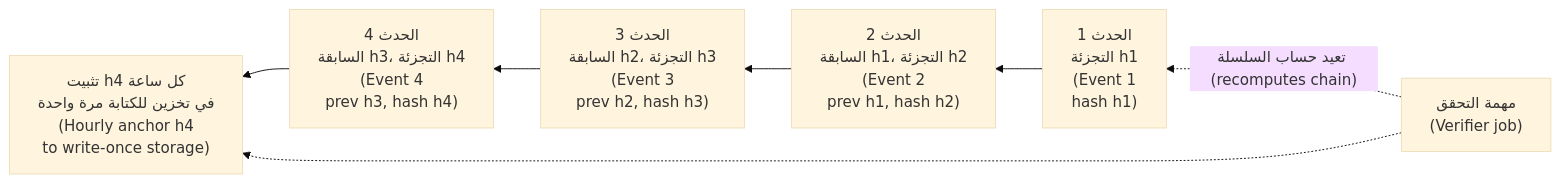
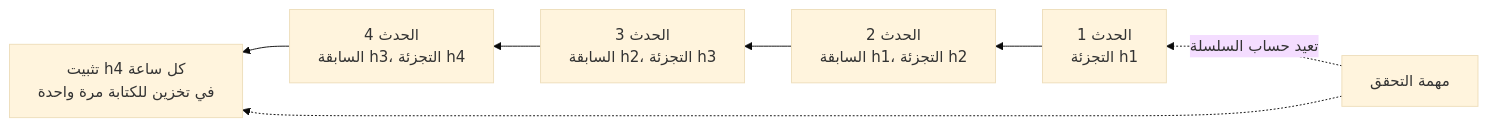
One commit to Tamoura/system-design-for-vibe-coders changed the fifth of 7 diagrams in saas/modules/07-operations.ar.md. Above: the diagram before and after it, drawn with Mermaid (base theme). The commit also changed other lines of this file and 551 other files, not shown here.

````diff
--- a/saas/modules/07-operations.ar.md
+++ b/saas/modules/07-operations.ar.md
@@ -687,9 +687,9 @@
 ```mermaid
 flowchart RL
-  E1["الحدث 1<br/>التجزئة h1<br/>(Event 1<br/>hash h1)"] --> E2["الحدث 2<br/>السابقة h1، التجزئة h2<br/>(Event 2<br/>prev h1, hash h2)"]
-  E2 --> E3["الحدث 3<br/>السابقة h2، التجزئة h3<br/>(Event 3<br/>prev h2, hash h3)"]
-  E3 --> E4["الحدث 4<br/>السابقة h3، التجزئة h4<br/>(Event 4<br/>prev h3, hash h4)"]
-  E4 --> Anchor["تثبيت h4 كل ساعة<br/>في تخزين للكتابة مرة واحدة<br/>(Hourly anchor h4<br/>to write-once storage)"]
-  Verifier["مهمة التحقق<br/>(Verifier job)"] -.->|"تعيد حساب السلسلة (recomputes chain)"| E1
+  E1["الحدث 1<br/>التجزئة h1"] --> E2["الحدث 2<br/>السابقة h1، التجزئة h2"]
+  E2 --> E3["الحدث 3<br/>السابقة h2، التجزئة h3"]
+  E3 --> E4["الحدث 4<br/>السابقة h3، التجزئة h4"]
+  E4 --> Anchor["تثبيت h4 كل ساعة<br/>في تخزين للكتابة مرة واحدة"]
+  Verifier["مهمة التحقق"] -.->|"تعيد حساب السلسلة"| E1
   Verifier -.-> Anchor
 ```
````
